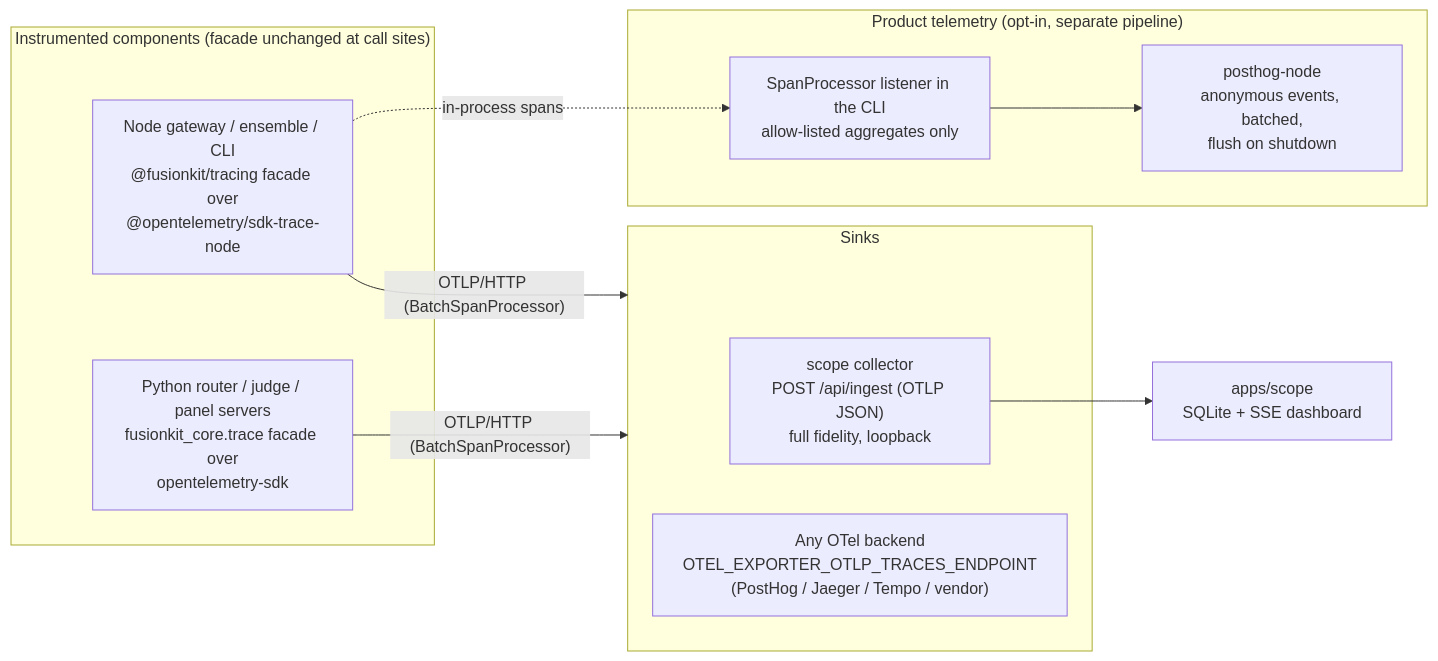
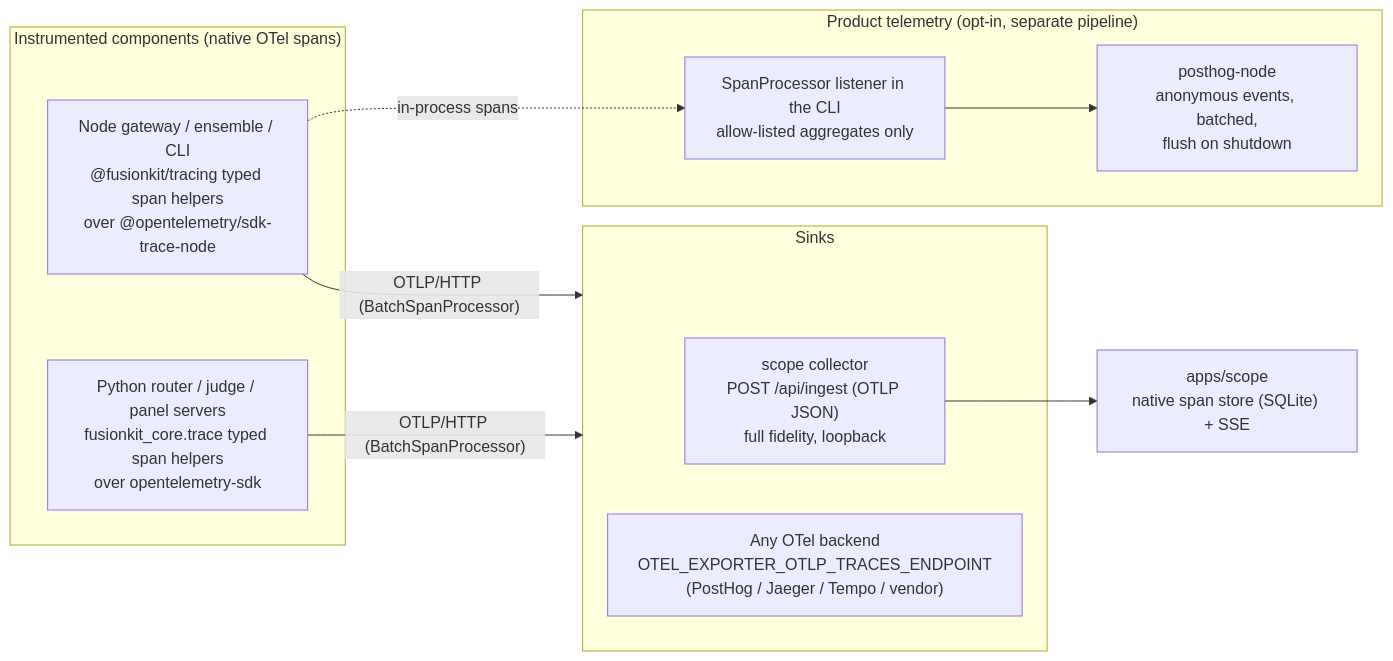
The diagram in docs/planning/tracing-and-telemetry-plan.md (velum-labs/handoffkit), drawn with Mermaid before and after one commit. The commit also changed other lines of this file, not shown here.

Commit message:
Make the plan a clean cutover: native spans, W3C-only propagation, no compat shims

````diff
--- a/docs/planning/tracing-and-telemetry-plan.md
+++ b/docs/planning/tracing-and-telemetry-plan.md
@@ -73,25 +85,25 @@
 ```mermaid
 flowchart LR
-  subgraph emitters["Instrumented components (facade unchanged at call sites)"]
-    gw["Node gateway / ensemble / CLI<br/>@fusionkit/tracing facade over<br/>@opentelemetry/sdk-trace-node"]
-    py["Python router / judge / panel servers<br/>fusionkit_core.trace facade over<br/>opentelemetry-sdk"]
+  subgraph emitters["Instrumented components (native OTel spans)"]
+    gw["Node gateway / ensemble / CLI<br/>@fusionkit/tracing typed span helpers<br/>over @opentelemetry/sdk-trace-node"]
+    py["Python router / judge / panel servers<br/>fusionkit_core.trace typed span helpers<br/>over opentelemetry-sdk"]
   end
 
   gw -- "OTLP/HTTP (BatchSpanProcessor)" --> sinks
   py -- "OTLP/HTTP (BatchSpanProcessor)" --> sinks
 
   subgraph sinks["Sinks"]
     scopecol["scope collector<br/>POST /api/ingest (OTLP JSON)<br/>full fidelity, loopback"]
     vendor["Any OTel backend<br/>OTEL_EXPORTER_OTLP_TRACES_ENDPOINT<br/>(PostHog / Jaeger / Tempo / vendor)"]
   end
 
-  scopecol --> scope["apps/scope<br/>SQLite + SSE dashboard"]
+  scopecol --> scope["apps/scope<br/>native span store (SQLite) + SSE"]
 
   subgraph telemetry["Product telemetry (opt-in, separate pipeline)"]
     listener["SpanProcessor listener in the CLI<br/>allow-listed aggregates only"]
     ph["posthog-node<br/>anonymous events, batched,<br/>flush on shutdown"]
   end
 
   gw -. in-process spans .-> listener
   listener --> ph
 ```
````
